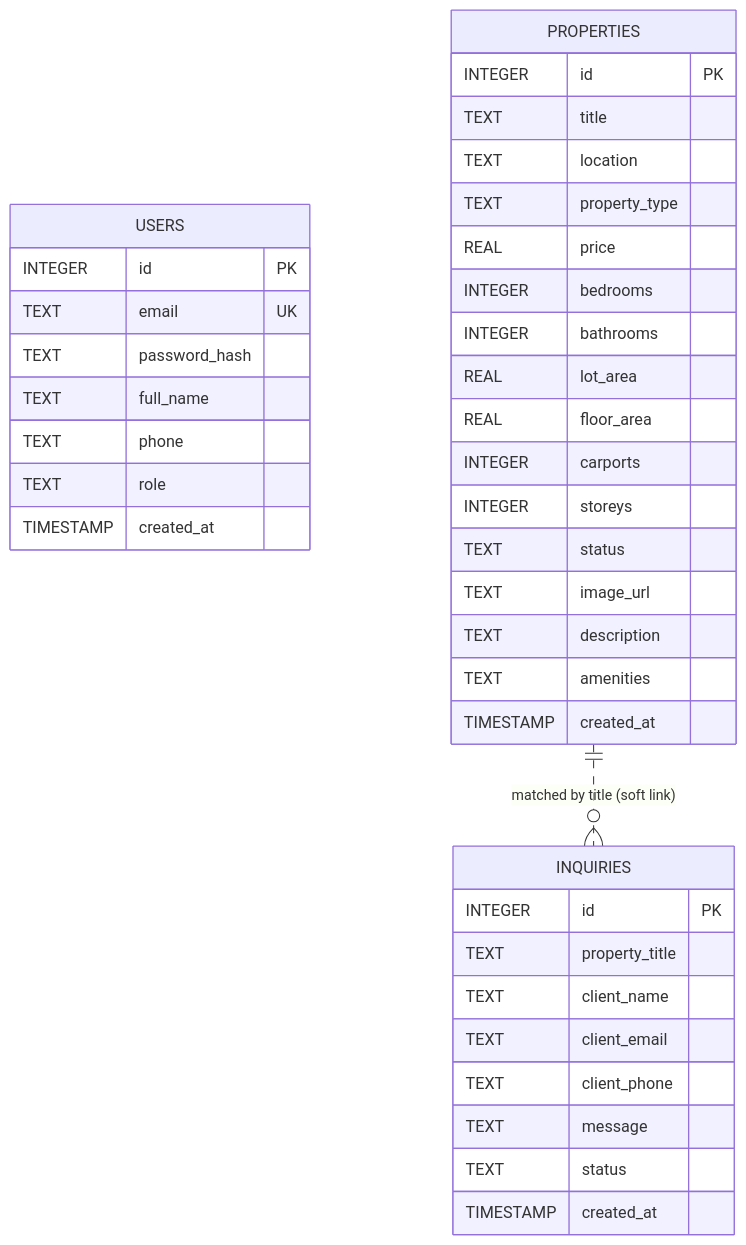
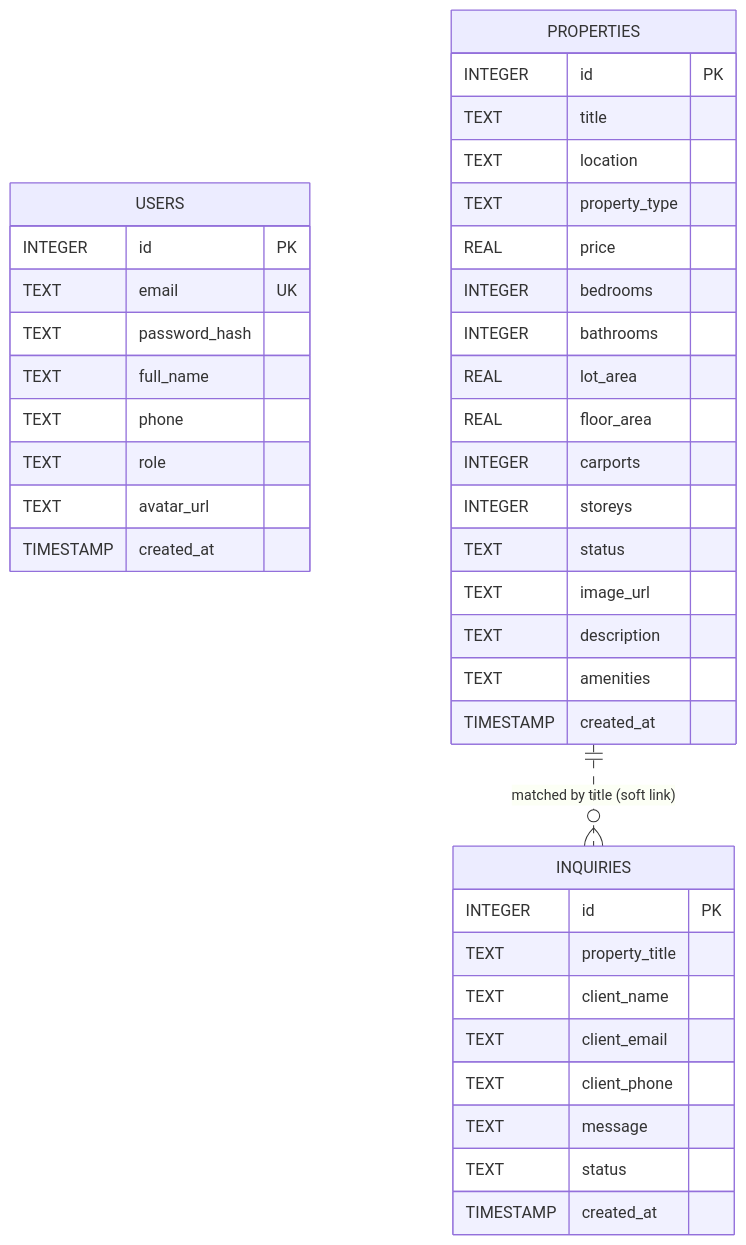
The second of 3 diagrams in DATABASE.md (Gianeuz/UrbanScope), drawn with Mermaid before and after one commit. The commit also changed other lines of this file and 11 other files, not shown here.

````diff
--- a/DATABASE.md
+++ b/DATABASE.md
@@ -41,41 +41,42 @@
 ```mermaid
 erDiagram
     USERS {
         INTEGER id PK
         TEXT email UK
         TEXT password_hash
         TEXT full_name
         TEXT phone
         TEXT role
+        TEXT avatar_url
         TIMESTAMP created_at
     }
     PROPERTIES {
         INTEGER id PK
         TEXT title
         TEXT location
         TEXT property_type
         REAL price
         INTEGER bedrooms
         INTEGER bathrooms
         REAL lot_area
         REAL floor_area
         INTEGER carports
         INTEGER storeys
         TEXT status
         TEXT image_url
         TEXT description
         TEXT amenities
         TIMESTAMP created_at
     }
     INQUIRIES {
         INTEGER id PK
         TEXT property_title
         TEXT client_name
         TEXT client_email
         TEXT client_phone
         TEXT message
         TEXT status
         TIMESTAMP created_at
     }
     PROPERTIES ||..o{ INQUIRIES : "matched by title (soft link)"
 ```
````
